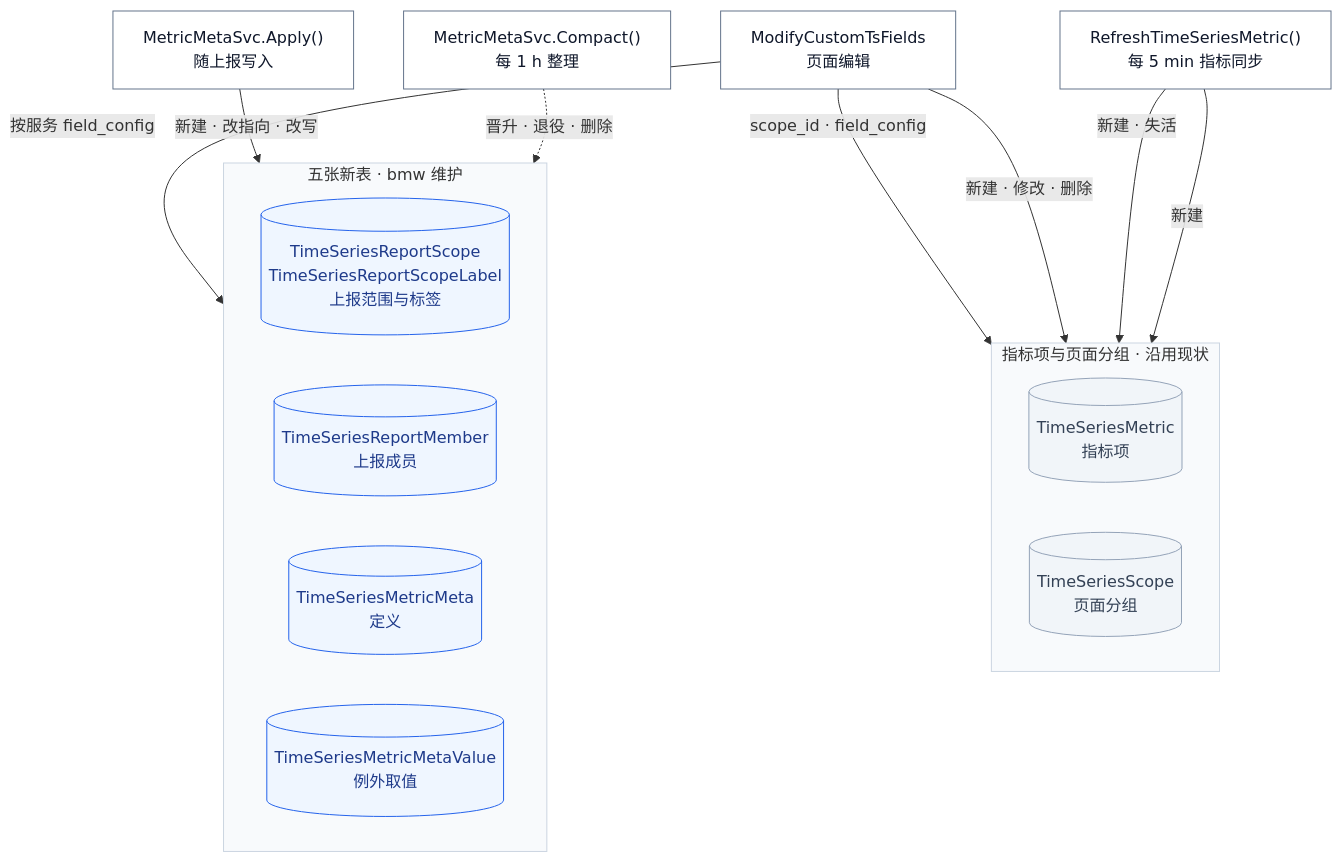
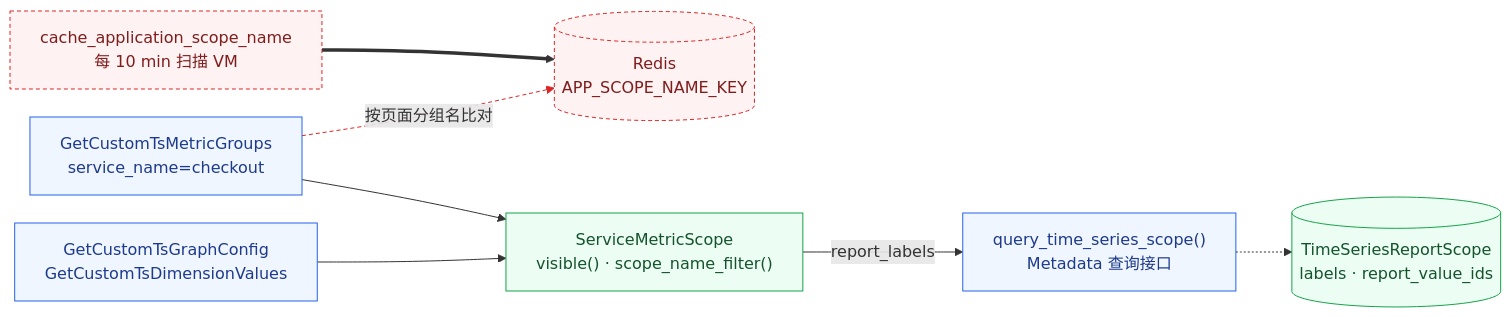
Diagram 13 of 28 in knowledge/bkmonitor/issues/2026-09-15-custom-metric-metadata/PLAN.md (ZhuoZhuoCrayon/ai-workspace), drawn with Mermaid before and after one commit. The commit also changed other lines of this file and 12 other files, not shown here.

Commit message:
docs(issue): switch custom metric metadata to value dedup plan with final retest

````diff
--- a/knowledge/bkmonitor/issues/2026-09-15-custom-metric-metadata/PLAN.md
+++ b/knowledge/bkmonitor/issues/2026-09-15-custom-metric-metadata/PLAN.md
@@ -655,35 +961,18 @@
 ```mermaid
-flowchart TB
-    Apply["MetricMetaSvc.Apply()<br/>随上报写入"]
-    Compact["MetricMetaSvc.Compact()<br/>每 1 h 整理"]
-    Modify["ModifyCustomTsFields<br/>页面编辑"]
-    Sync["RefreshTimeSeriesMetric()<br/>每 5 min 指标同步"]
-    subgraph MetaLine["五张新表 · bmw 维护"]
-        direction LR
-        RScope[("TimeSeriesReportScope<br/>TimeSeriesReportScopeLabel<br/>上报范围与标签")]
-        Member[("TimeSeriesReportMember<br/>上报成员")]
-        Meta[("TimeSeriesMetricMeta<br/>定义")]
-        Value[("TimeSeriesMetricMetaValue<br/>例外取值")]
-    end
-    subgraph IdentityLine["指标项与页面分组 · 沿用现状"]
-        direction LR
-        Metric[("TimeSeriesMetric<br/>指标项")]
-        Group[("TimeSeriesScope<br/>页面分组")]
-    end
-    Apply -->|"新建 · 改指向 · 改写"| MetaLine
-    Compact -.->|"晋升 · 退役 · 删除"| MetaLine
-    Modify -->|"按服务 field_config"| Member
-    Modify -->|"scope_id · field_config"| Metric
-    Modify -->|"新建 · 修改 · 删除"| Group
-    Sync -->|"新建 · 失活"| Metric
-    Sync -->|"新建"| Group
+%%{init: {"flowchart": {"nodeSpacing": 28, "rankSpacing": 56, "wrappingWidth": 400}}}%%
+flowchart LR
+    Task["cache_application_scope_name<br/>每 10 min 扫描 VM"] ==> WL[("Redis<br/>APP_SCOPE_NAME_KEY")]
+    Tree["GetCustomTsMetricGroups<br/>service_name=checkout"] -.->|"按页面分组名比对"| WL
+    Tree --> SMS["ServiceMetricScope<br/>visible() · scope_name_filter()"]
+    Graph["GetCustomTsGraphConfig<br/>GetCustomTsDimensionValues"] --> SMS
+    SMS -->|"report_labels"| Query["query_time_series_scope()<br/>Metadata 查询接口"]
+    Query -.-> RS[("TimeSeriesReportScope<br/>labels · report_value_ids")]
 
-    classDef proc fill:#ffffff,stroke:#64748b,color:#0f172a
-    classDef old fill:#f1f5f9,stroke:#94a3b8,color:#334155
-    classDef meta fill:#eff6ff,stroke:#2563eb,color:#1e3a8a
-    class Apply,Compact,Modify,Sync proc
-    class Metric,Group old
-    class RScope,Member,Meta,Value meta
-    style MetaLine fill:#f8fafc,stroke:#cbd5e1
-    style IdentityLine fill:#f8fafc,stroke:#cbd5e1
+    classDef add fill:#ecfdf3,stroke:#16a34a,color:#14532d
+    classDef change fill:#eff6ff,stroke:#2563eb,color:#1e3a8a
+    classDef del fill:#fef2f2,stroke:#dc2626,color:#7f1d1d,stroke-dasharray:4 3
+    class Tree,Graph,Query change
+    class SMS,RS add
+    class Task,WL del
+    linkStyle 1 stroke:#dc2626,stroke-dasharray:4 3
 ```
````
